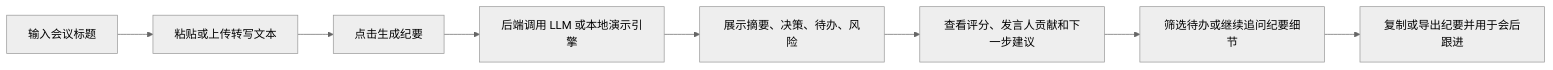
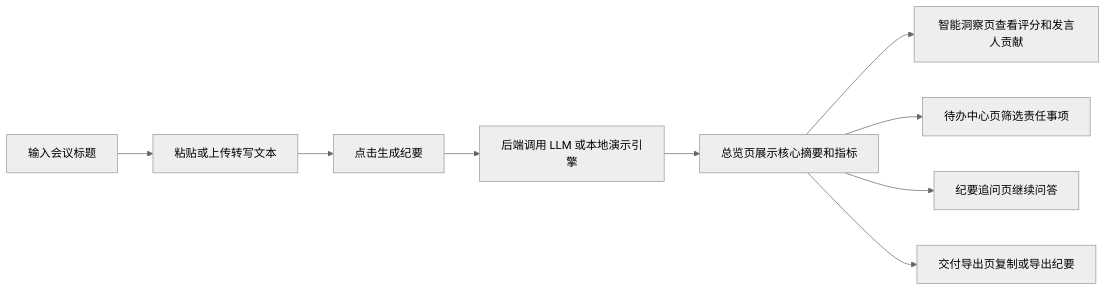
The diagram in DESIGN.md (kirk261612/-), drawn with Mermaid (neutral theme) before and after one commit. The commit also changed other lines of this file and 6 other files, not shown here.

````diff
--- a/DESIGN.md
+++ b/DESIGN.md
@@ -36,10 +36,11 @@
 ```mermaid
 flowchart LR
   A["输入会议标题"] --> B["粘贴或上传转写文本"]
   B --> C["点击生成纪要"]
   C --> D["后端调用 LLM 或本地演示引擎"]
-  D --> E["展示摘要、决策、待办、风险"]
-  E --> F["查看评分、发言人贡献和下一步建议"]
-  F --> G["筛选待办或继续追问纪要细节"]
-  G --> H["复制或导出纪要并用于会后跟进"]
+  D --> E["总览页展示核心摘要和指标"]
+  E --> F["智能洞察页查看评分和发言人贡献"]
+  E --> G["待办中心页筛选责任事项"]
+  E --> H["纪要追问页继续问答"]
+  E --> I["交付导出页复制或导出纪要"]
 ```
````
